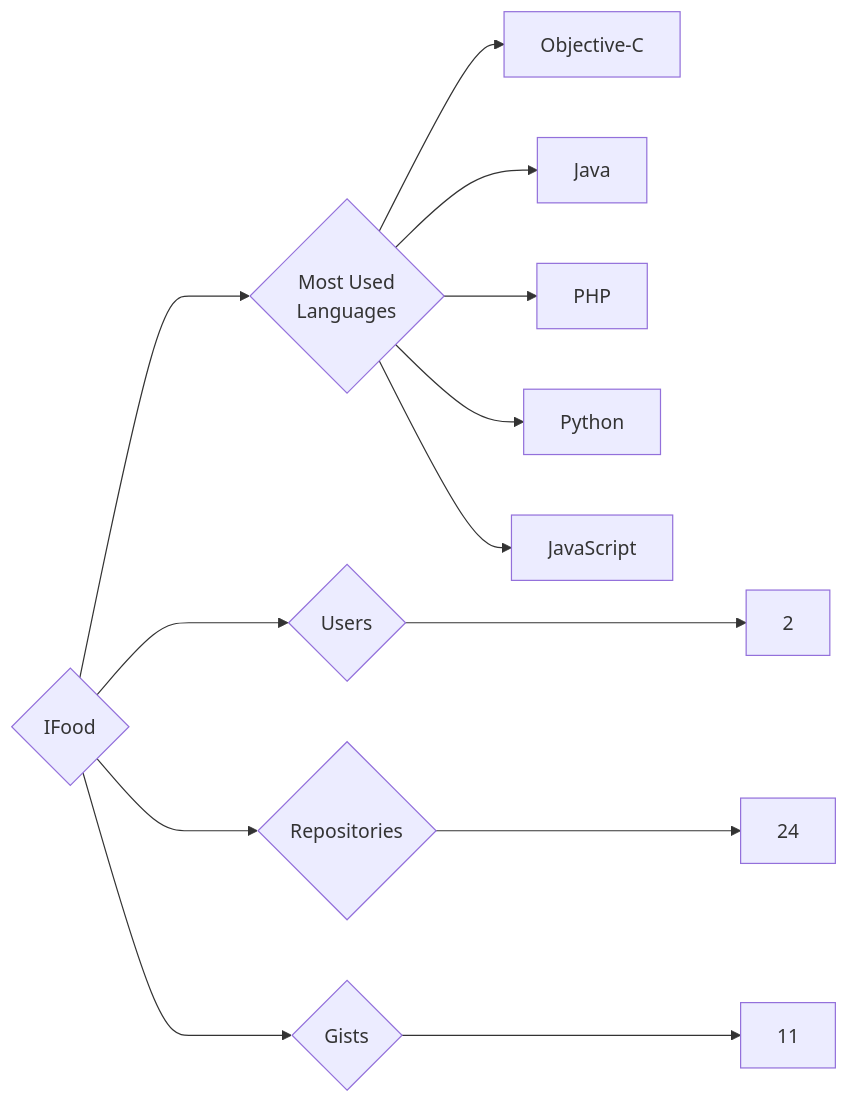
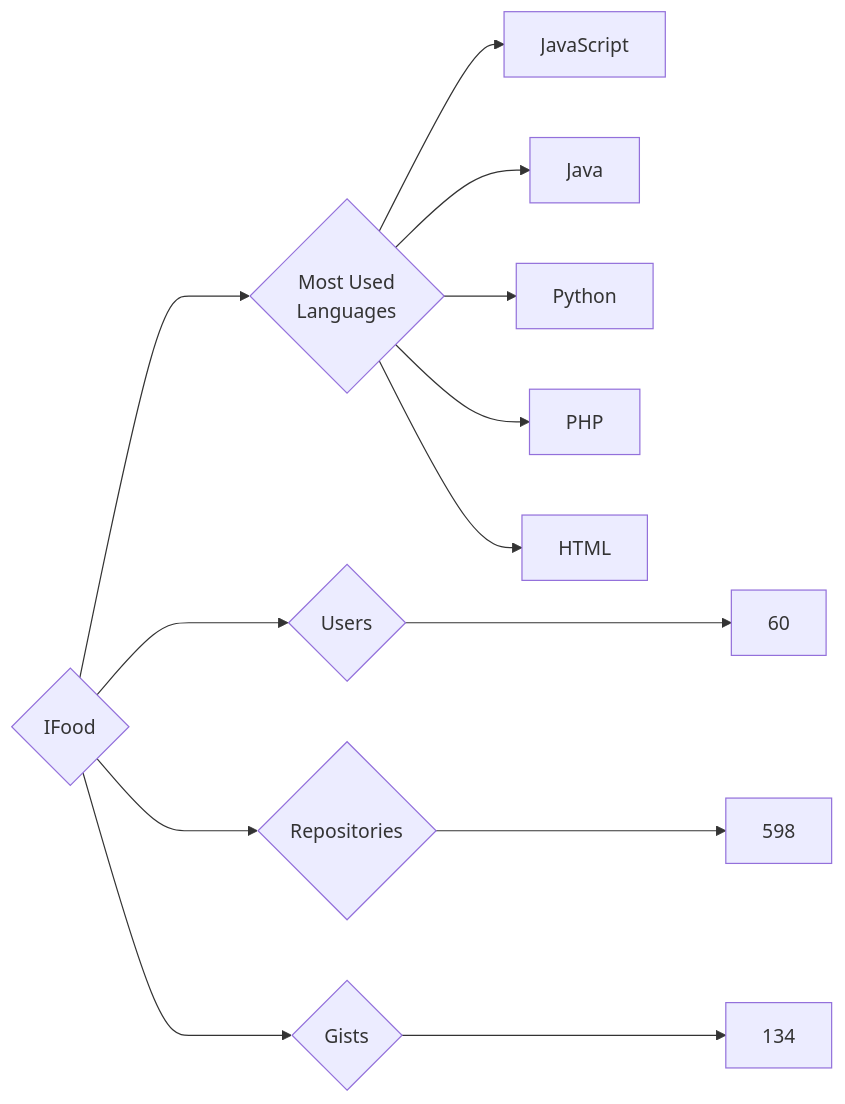
The diagram in targets/IFood/README.md (trickest/insiders), drawn with Mermaid before and after one commit. The commit also changed 914 other files, not shown here.

````diff
--- a/targets/IFood/README.md
+++ b/targets/IFood/README.md
@@ -3,13 +3,13 @@
 ```mermaid
 graph LR
 COMPANY_NAME{IFood}
-COMPANY_NAME ---> U{Users} ---> UN[2]
-COMPANY_NAME ---> R{Repositories} ---> RN[24]
-COMPANY_NAME ---> G{Gists} ---> GN[11]
+COMPANY_NAME ---> U{Users} ---> UN[60]
+COMPANY_NAME ---> R{Repositories} ---> RN[598]
+COMPANY_NAME ---> G{Gists} ---> GN[134]
 COMPANY_NAME ---> ML{Most Used<br>Languages}
-ML --> Objective-C[Objective-C]
+ML --> JavaScript[JavaScript]
 ML --> Java[Java]
+ML --> Python[Python]
 ML --> PHP[PHP]
-ML --> Python[Python]
-ML --> JavaScript[JavaScript]
+ML --> HTML[HTML]
 ```
````
